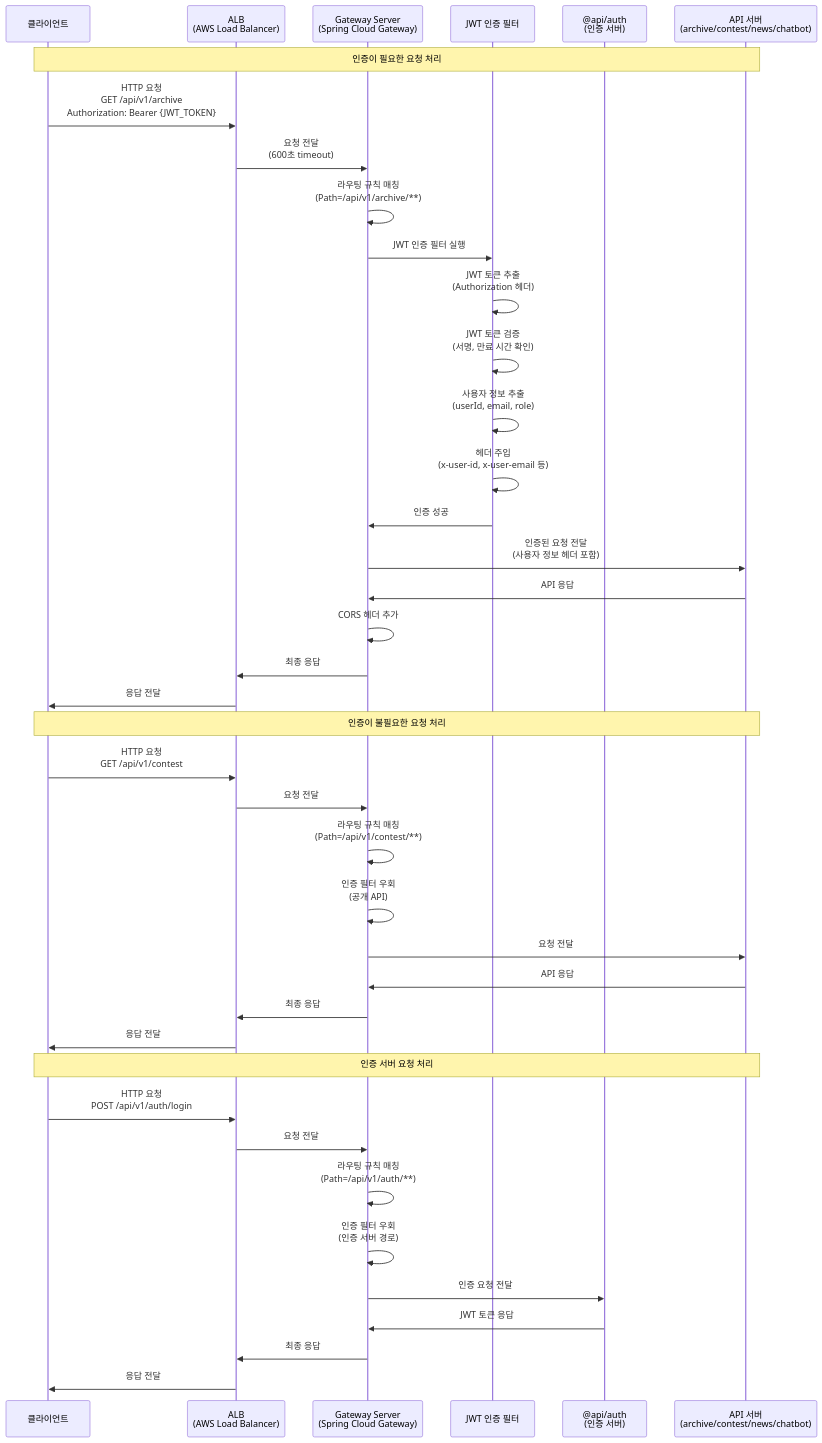
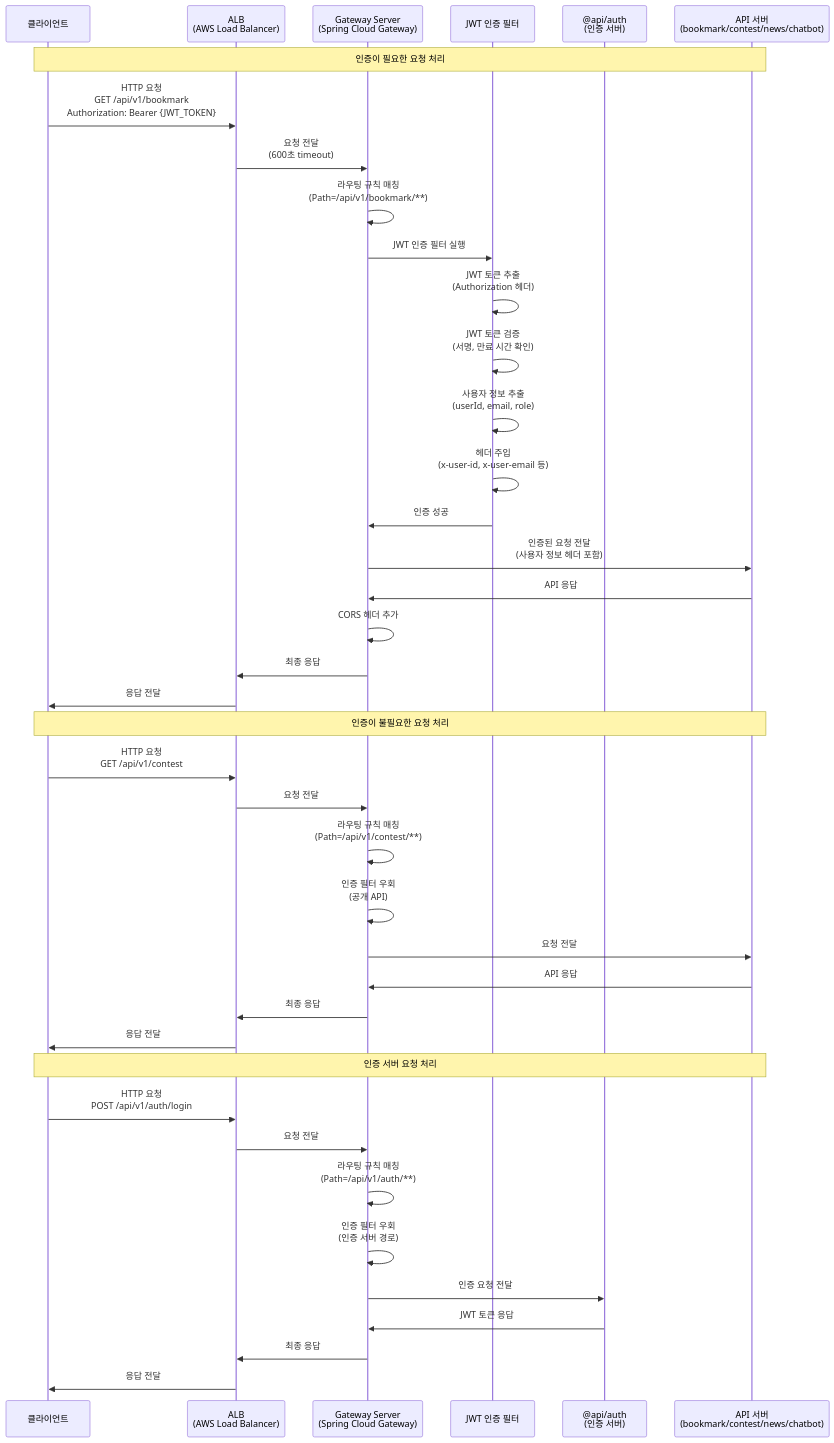
One commit to thswlsqls/tech-n-ai changed the first of 6 diagrams in docs/step14/gateway-design.md. Above: the diagram before and after it, drawn with Mermaid. The commit also changed other lines of this file and 68 other files, not shown here.

````diff
--- a/docs/step14/gateway-design.md
+++ b/docs/step14/gateway-design.md
@@ -80,51 +80,51 @@
 ```mermaid
 sequenceDiagram
     participant Client as 클라이언트
     participant ALB as ALB<br/>(AWS Load Balancer)
     participant Gateway as Gateway Server<br/>(Spring Cloud Gateway)
     participant AuthFilter as JWT 인증 필터
     participant AuthService as @api/auth<br/>(인증 서버)
-    participant ApiServer as API 서버<br/>(archive/contest/news/chatbot)
+    participant ApiServer as API 서버<br/>(bookmark/contest/news/chatbot)
 
     Note over Client, ApiServer: 인증이 필요한 요청 처리
 
-    Client->>ALB: HTTP 요청<br/>GET /api/v1/archive<br/>Authorization: Bearer {JWT_TOKEN}
+    Client->>ALB: HTTP 요청<br/>GET /api/v1/bookmark<br/>Authorization: Bearer {JWT_TOKEN}
     ALB->>Gateway: 요청 전달<br/>(600초 timeout)
     
-    Gateway->>Gateway: 라우팅 규칙 매칭<br/>(Path=/api/v1/archive/**)
+    Gateway->>Gateway: 라우팅 규칙 매칭<br/>(Path=/api/v1/bookmark/**)
     
     Gateway->>AuthFilter: JWT 인증 필터 실행
     AuthFilter->>AuthFilter: JWT 토큰 추출<br/>(Authorization 헤더)
     AuthFilter->>AuthFilter: JWT 토큰 검증<br/>(서명, 만료 시간 확인)
     AuthFilter->>AuthFilter: 사용자 정보 추출<br/>(userId, email, role)
     AuthFilter->>AuthFilter: 헤더 주입<br/>(x-user-id, x-user-email 등)
     
     AuthFilter->>Gateway: 인증 성공
     Gateway->>ApiServer: 인증된 요청 전달<br/>(사용자 정보 헤더 포함)
     ApiServer->>Gateway: API 응답
     Gateway->>Gateway: CORS 헤더 추가
     Gateway->>ALB: 최종 응답
     ALB->>Client: 응답 전달
 
     Note over Client, ApiServer: 인증이 불필요한 요청 처리
 
     Client->>ALB: HTTP 요청<br/>GET /api/v1/contest
     ALB->>Gateway: 요청 전달
     Gateway->>Gateway: 라우팅 규칙 매칭<br/>(Path=/api/v1/contest/**)
     Gateway->>Gateway: 인증 필터 우회<br/>(공개 API)
     Gateway->>ApiServer: 요청 전달
     ApiServer->>Gateway: API 응답
     Gateway->>ALB: 최종 응답
     ALB->>Client: 응답 전달
 
     Note over Client, ApiServer: 인증 서버 요청 처리
 
     Client->>ALB: HTTP 요청<br/>POST /api/v1/auth/login
     ALB->>Gateway: 요청 전달
     Gateway->>Gateway: 라우팅 규칙 매칭<br/>(Path=/api/v1/auth/**)
     Gateway->>Gateway: 인증 필터 우회<br/>(인증 서버 경로)
     Gateway->>AuthService: 인증 요청 전달
     AuthService->>Gateway: JWT 토큰 응답
     Gateway->>ALB: 최종 응답
     ALB->>Client: 응답 전달
 ```
````
